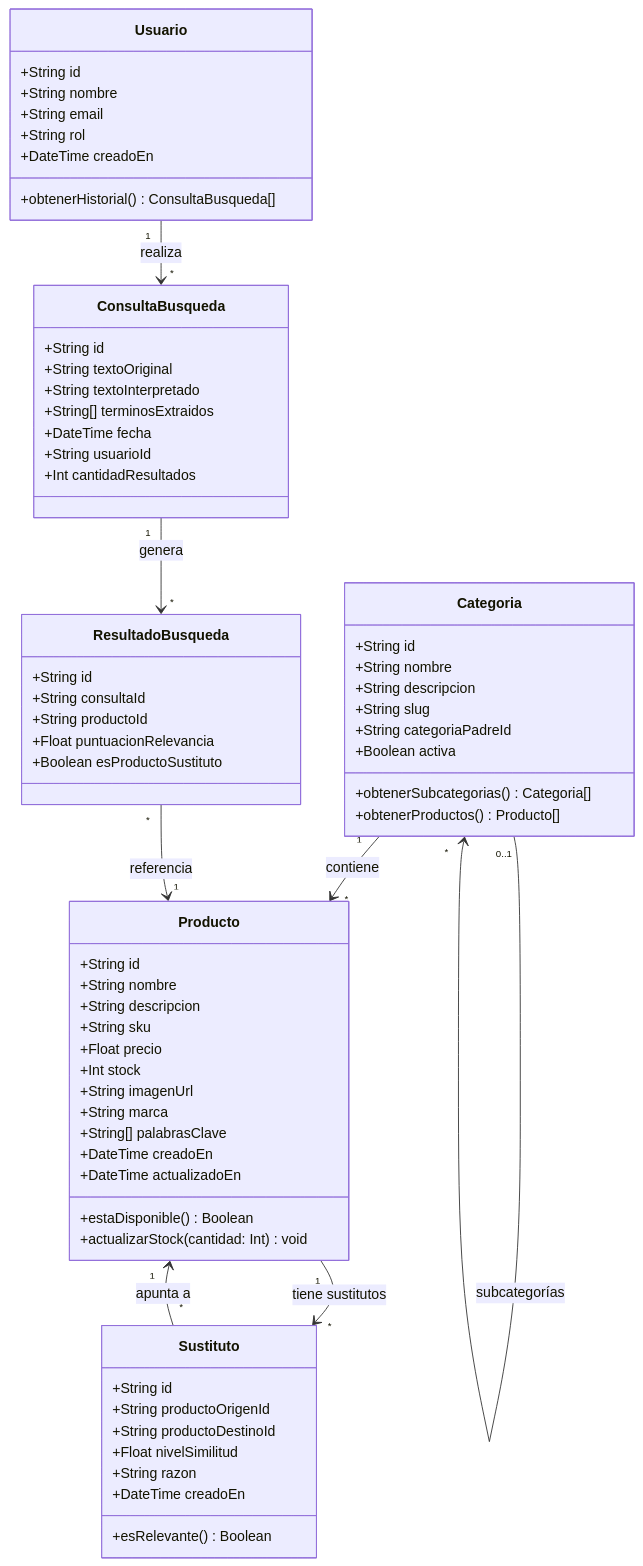
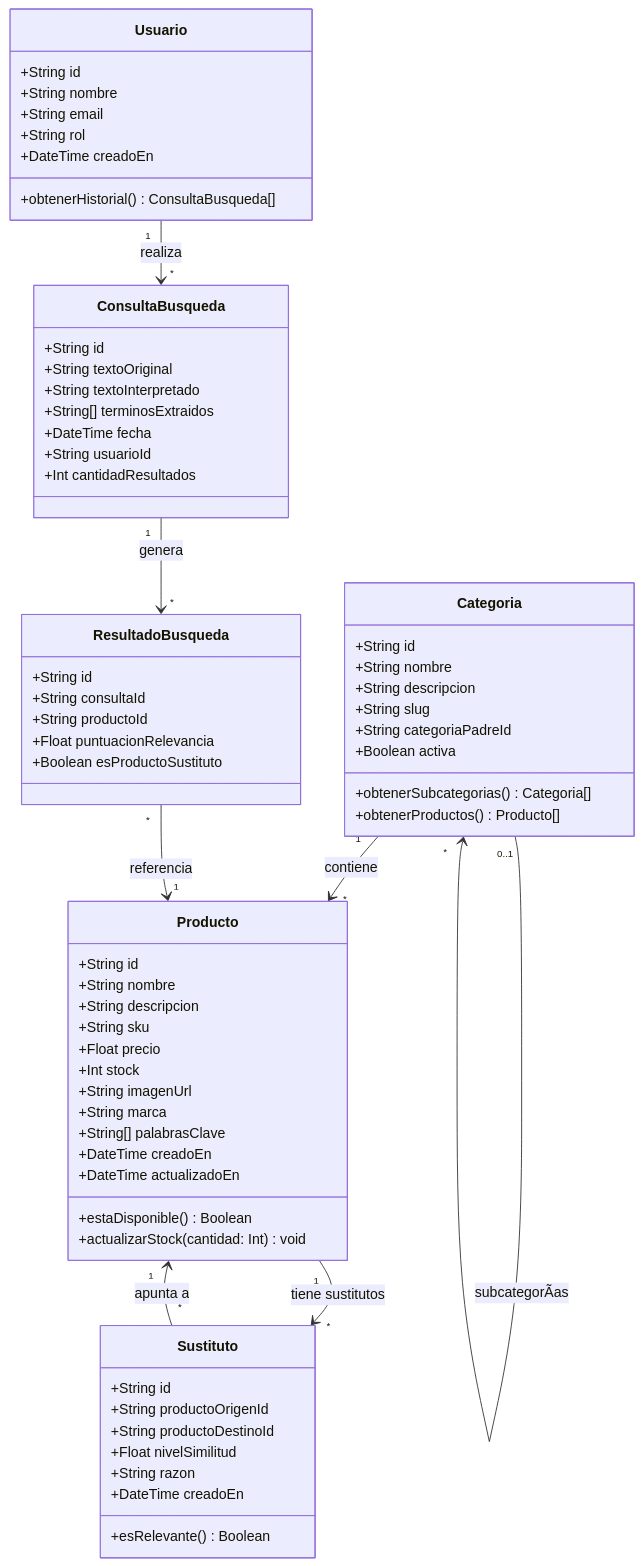
Before and after one commit to Samsr2001/buscador-ferreteria: the third of 5 diagrams in diagramas_UML.md, drawn with Mermaid. The commit also changed other lines of this file, not shown here.

Commit message:
docs: actualizar diagramas UML con arquitectura y base de datos

````diff
--- a/diagramas_UML.md
+++ b/diagramas_UML.md
@@ -72,74 +72,74 @@
 ```mermaid
 classDiagram
     class Producto {
         +String id
         +String nombre
         +String descripcion
         +String sku
         +Float precio
         +Int stock
         +String imagenUrl
         +String marca
         +String[] palabrasClave
         +DateTime creadoEn
         +DateTime actualizadoEn
         +estaDisponible() Boolean
         +actualizarStock(cantidad: Int) void
     }
 
     class Categoria {
         +String id
         +String nombre
         +String descripcion
         +String slug
         +String categoriaPadreId
         +Boolean activa
         +obtenerSubcategorias() Categoria[]
         +obtenerProductos() Producto[]
     }
 
     class Sustituto {
         +String id
         +String productoOrigenId
         +String productoDestinoId
         +Float nivelSimilitud
         +String razon
         +DateTime creadoEn
         +esRelevante() Boolean
     }
 
     class ConsultaBusqueda {
         +String id
         +String textoOriginal
         +String textoInterpretado
         +String[] terminosExtraidos
         +DateTime fecha
         +String usuarioId
         +Int cantidadResultados
     }
 
     class ResultadoBusqueda {
         +String id
         +String consultaId
         +String productoId
         +Float puntuacionRelevancia
         +Boolean esProductoSustituto
     }
 
     class Usuario {
         +String id
         +String nombre
         +String email
         +String rol
         +DateTime creadoEn
         +obtenerHistorial() ConsultaBusqueda[]
     }
 
     Producto "1" --> "*" Sustituto : tiene sustitutos
     Sustituto "*" --> "1" Producto : apunta a
     Categoria "1" --> "*" Producto : contiene
-    Categoria "0..1" --> "*" Categoria : subcategorías
+    Categoria "0..1" --> "*" Categoria : subcategorÃ­as
     ConsultaBusqueda "1" --> "*" ResultadoBusqueda : genera
     ResultadoBusqueda "*" --> "1" Producto : referencia
     Usuario "1" --> "*" ConsultaBusqueda : realiza
 ```
````
